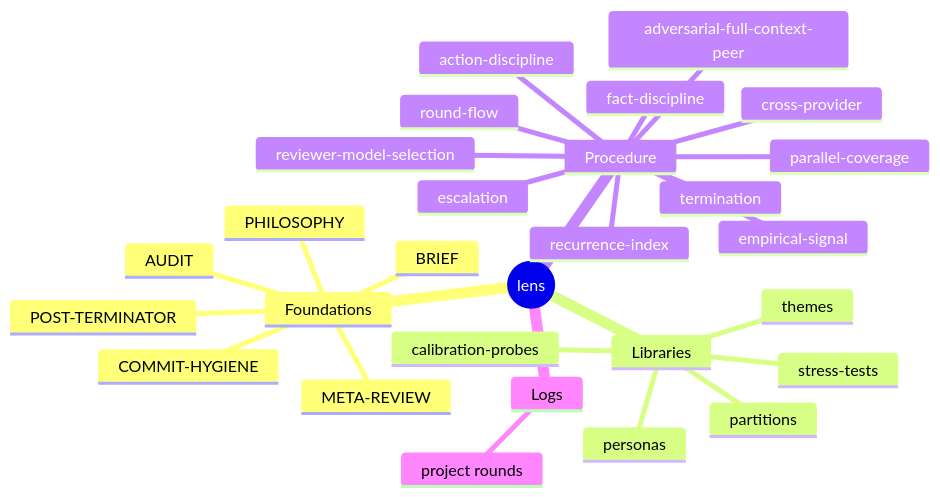
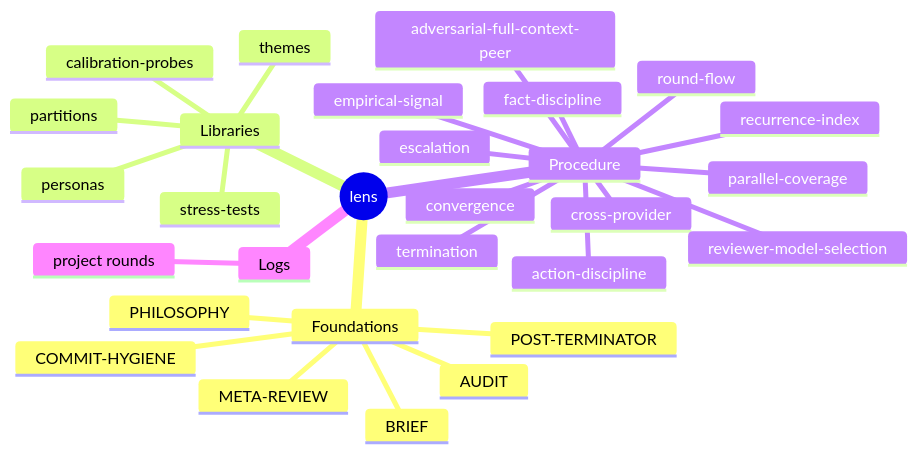
One commit to 1qh/lens changed the second of 2 diagrams in README.md. Above: the diagram before and after it, drawn with Mermaid. The commit also changed other lines of this file and 2 other files, not shown here.

Commit message:
fold convergence accelerators: root-cause batch, pre-emptive sweep, topic family, resolution review

````diff
--- a/README.md
+++ b/README.md
@@ -20,31 +20,32 @@
 ```mermaid
 mindmap
   root((lens))
     Foundations
       PHILOSOPHY
       BRIEF
       AUDIT
       POST-TERMINATOR
       META-REVIEW
       COMMIT-HYGIENE
     Libraries
       personas
       themes
       stress-tests
       partitions
       calibration-probes
     Procedure
       round-flow
       parallel-coverage
       action-discipline
+      convergence
       cross-provider
       recurrence-index
       escalation
       termination
       empirical-signal
       reviewer-model-selection
       adversarial-full-context-peer
       fact-discipline
     Logs
       project rounds
 ```
````
